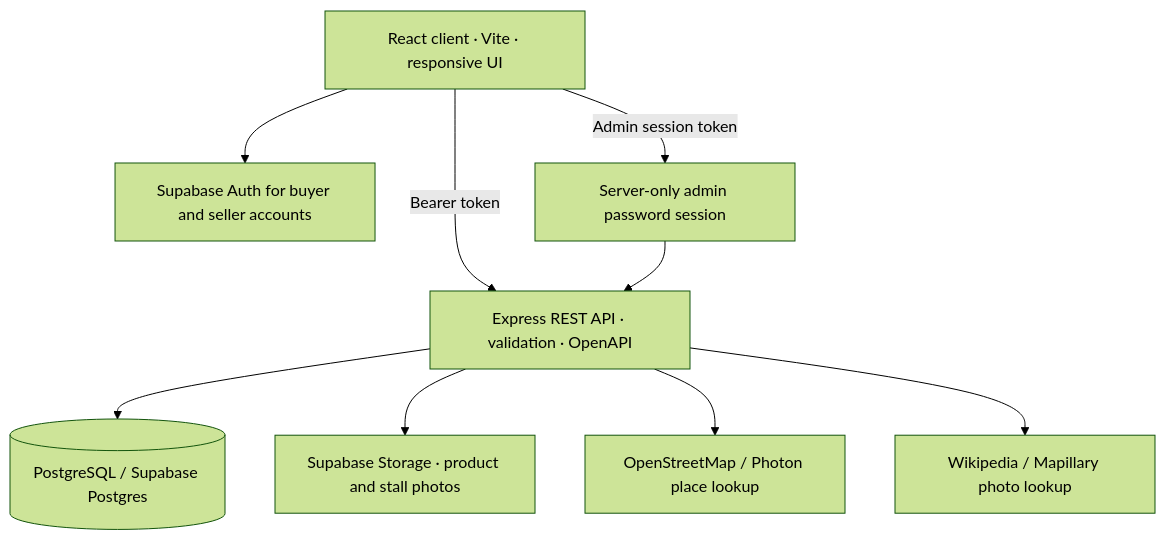
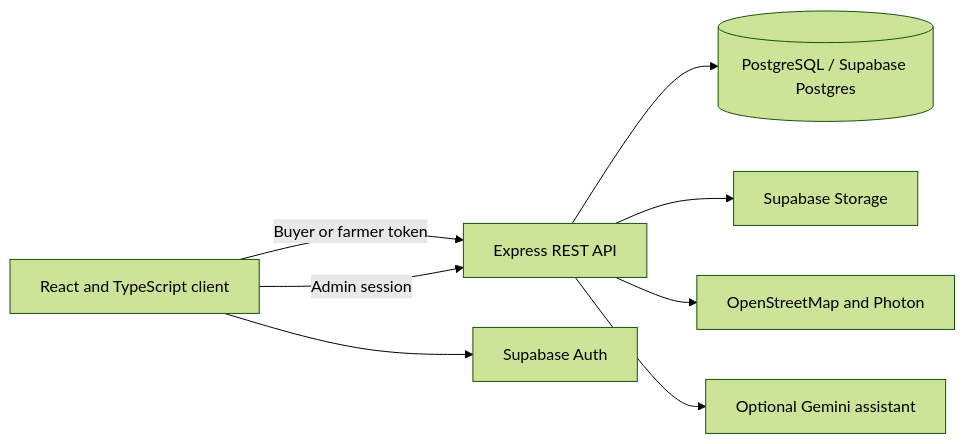
The first of 3 diagrams in docs/project-implementation-notes.md (wilsonwilas123-a11y/MarketLink), drawn with Mermaid (forest theme) before and after one commit. The commit also changed other lines of this file and 77 other files, not shown here.

````diff
--- a/docs/project-implementation-notes.md
+++ b/docs/project-implementation-notes.md
@@ -28,19 +29,17 @@
 ```mermaid
-flowchart TB
-  Browser[React client · Vite · responsive UI]
-  API[Express REST API · validation · OpenAPI]
-  Auth[Supabase Auth for buyer and seller accounts]
-  AdminAuth[Server-only admin password session]
+flowchart LR
+  Browser[React and TypeScript client]
+  API[Express REST API]
+  SupabaseAuth[Supabase Auth]
   DB[(PostgreSQL / Supabase Postgres)]
-  Storage[Supabase Storage · product and stall photos]
-  OSM[OpenStreetMap / Photon place lookup]
-  Photo[Wikipedia / Mapillary photo lookup]
-  Browser -->|Bearer token| API
-  Browser --> Auth
-  Browser -->|Admin session token| AdminAuth
-  AdminAuth --> API
+  Storage[Supabase Storage]
+  Maps[OpenStreetMap and Photon]
+  Gemini[Optional Gemini assistant]
+  Browser -->|Buyer or farmer token| API
+  Browser --> SupabaseAuth
+  Browser -->|Admin session| API
   API --> DB
   API --> Storage
-  API --> OSM
-  API --> Photo
+  API --> Maps
+  API --> Gemini
 ```
````
